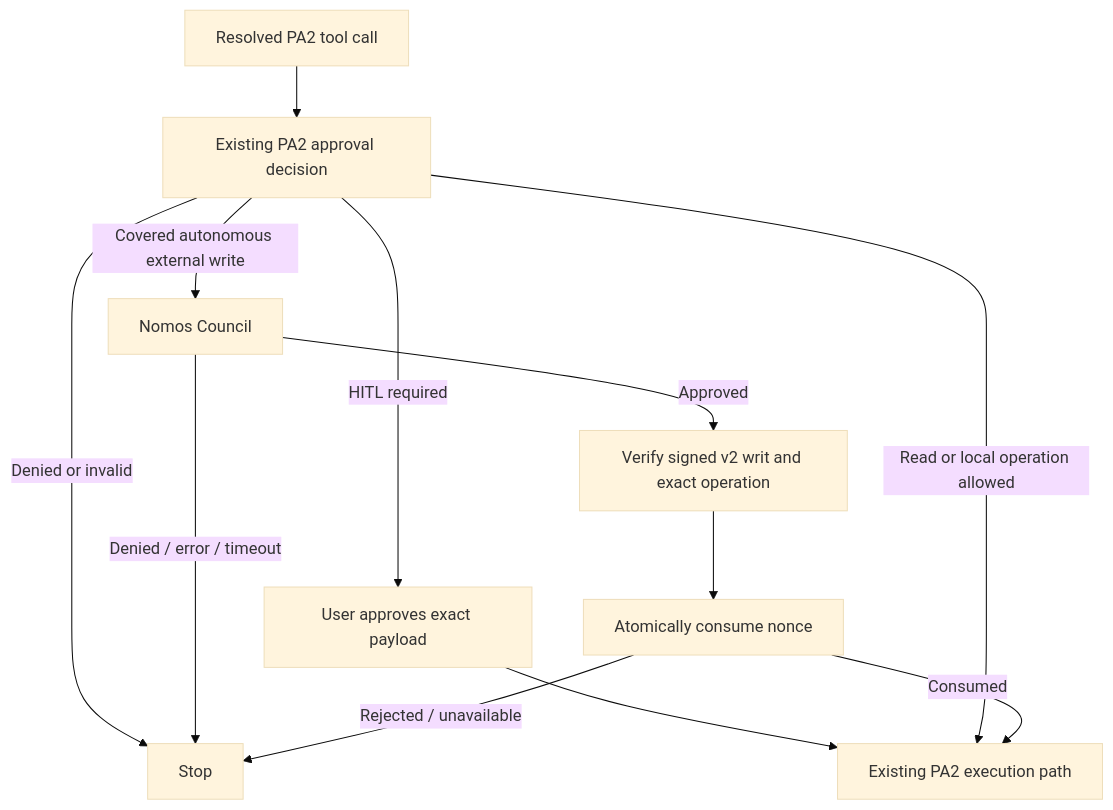
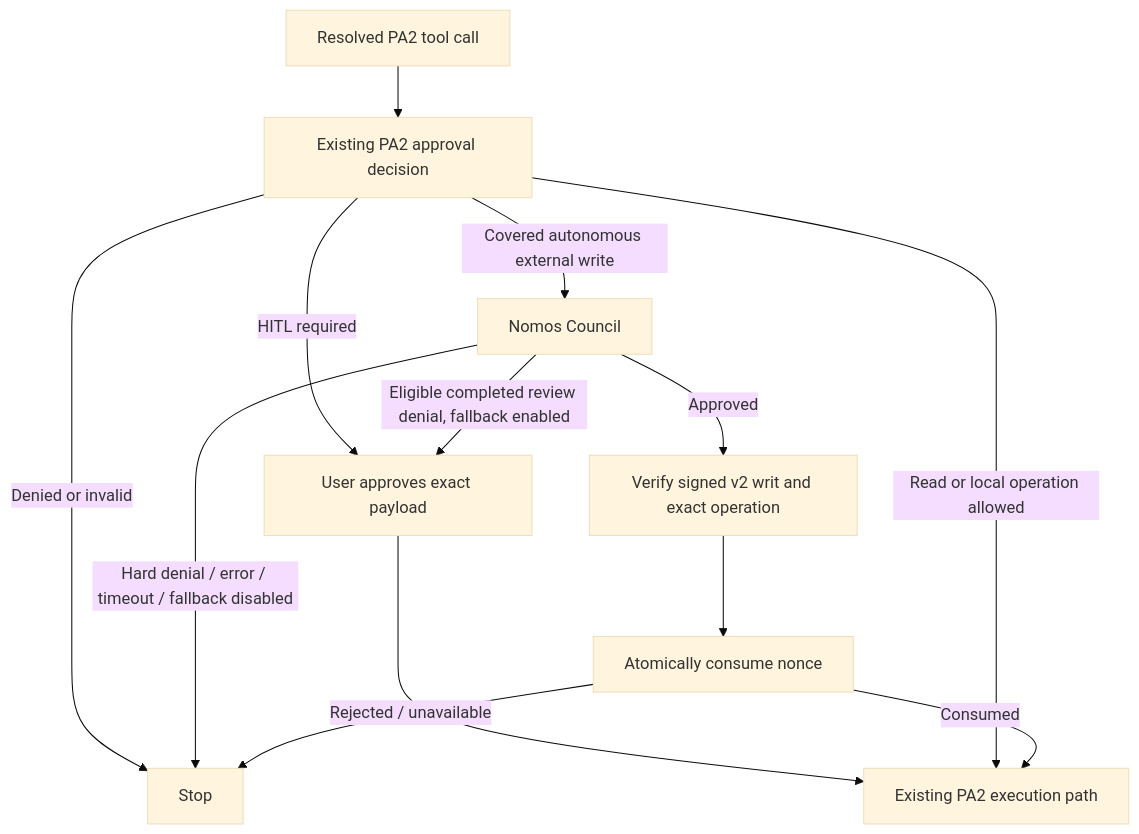
The second of 5 diagrams in docs/proposals/pa2-autonomous-write-authorization.md (NVIDIA/Nomos), drawn with Mermaid (base theme) before and after one commit. The commit also changed other lines of this file and 13 other files, not shown here.

Commit message:
feat: add bounded PA review context and classify completed review denials

````diff
--- a/docs/proposals/pa2-autonomous-write-authorization.md
+++ b/docs/proposals/pa2-autonomous-write-authorization.md
@@ -49,14 +49,15 @@
 ```mermaid
 flowchart TD
   Call[Resolved PA2 tool call] --> Policy[Existing PA2 approval decision]
   Policy -->|Denied or invalid| Stop[Stop]
   Policy -->|HITL required| Human[User approves exact payload]
   Human --> Dispatch[Existing PA2 execution path]
   Policy -->|Read or local operation allowed| Dispatch
   Policy -->|Covered autonomous external write| Council[Nomos Council]
-  Council -->|Denied / error / timeout| Stop
+  Council -->|Eligible completed review denial, fallback enabled| Human
+  Council -->|Hard denial / error / timeout / fallback disabled| Stop
   Council -->|Approved| Verify[Verify signed v2 writ and exact operation]
   Verify --> Consume[Atomically consume nonce]
   Consume -->|Consumed| Dispatch
   Consume -->|Rejected / unavailable| Stop
 ```
````
